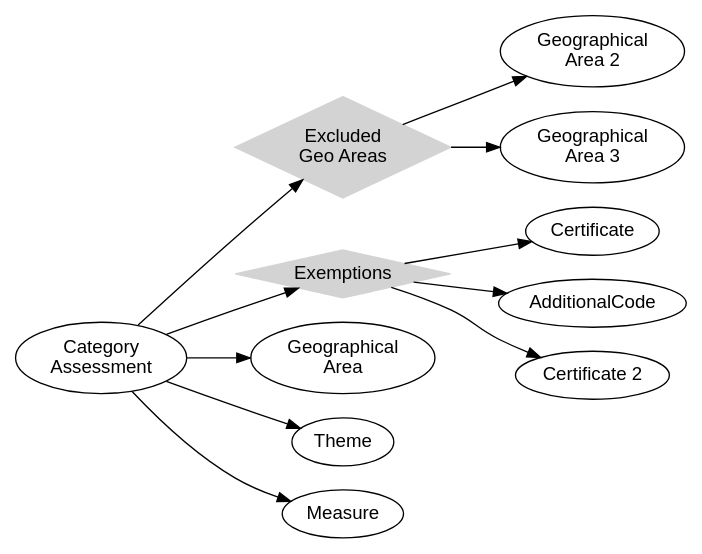
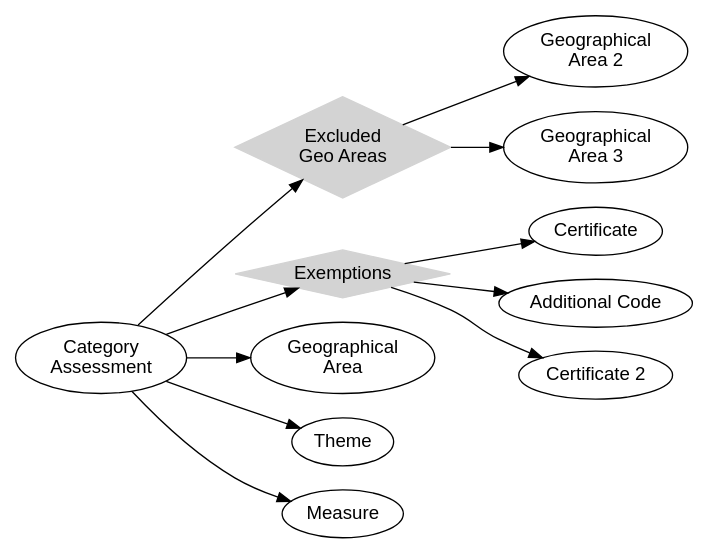
Before and after one commit to trade-tariff/trade-tariff-api-docs: the diagram in source/graphviz/category-assessment.dot, drawn with Graphviz.

Commit message:
HOTT-5108 Addressed review comments

```diff
--- a/source/graphviz/category-assessment.dot
+++ b/source/graphviz/category-assessment.dot
@@ -1,22 +1,22 @@
 digraph {
     rankdir="LR"
     fontname="Arial,sans-serif"
     node [fontname="Arial,sans-serif"]
     edge [fontname="Arial,sans-serif"]
 
     node [shape=diamond,style=filled,color=lightgrey];
     "Excluded\nGeo Areas";
     "Exemptions";
 
     node [shape=ellipse,style=unfilled,color=black];
     "Category\nAssessment" -> "Exemptions"
     "Exemptions" -> "Certificate"
-    "Exemptions" -> "AdditionalCode"
+    "Exemptions" -> "Additional Code"
     "Exemptions" -> "Certificate 2"
     "Category\nAssessment" -> "Geographical\nArea"
     "Category\nAssessment" -> "Excluded\nGeo Areas"
     "Excluded\nGeo Areas" -> "Geographical\nArea 2"
     "Excluded\nGeo Areas" -> "Geographical\nArea 3"
     "Category\nAssessment" -> "Theme"
     "Category\nAssessment" -> "Measure"
 }
```
